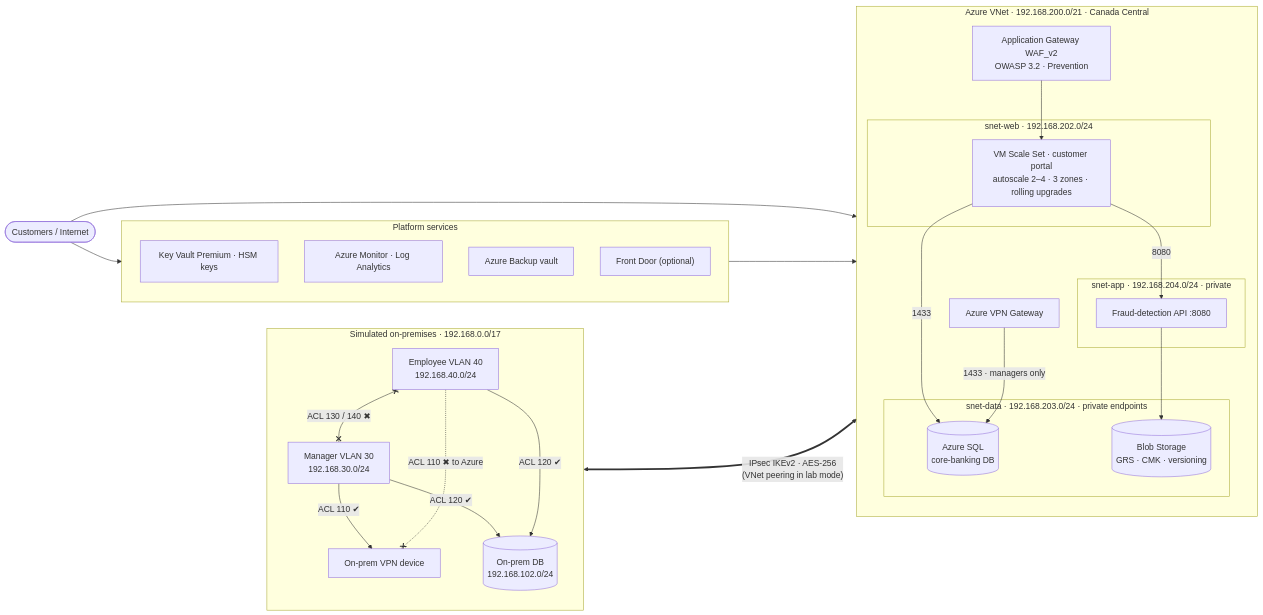
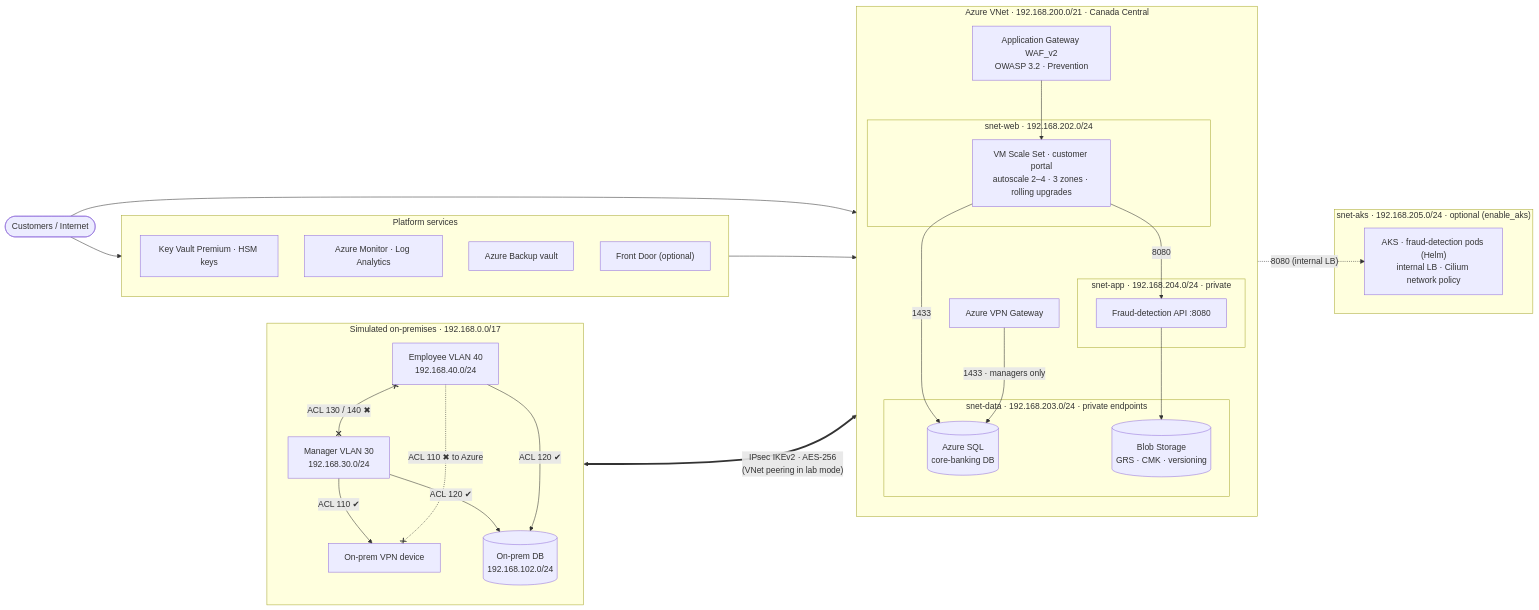
Before and after one commit to SANJU-571/hybrid-cloud-migration-cicd-azure: the diagram in README.md, drawn with Mermaid. The commit also changed other lines of this file and 6 other files, not shown here.

````diff
--- a/README.md
+++ b/README.md
@@ -19,49 +21,54 @@
 ```mermaid
 flowchart LR
     user(["Customers / Internet"])
 
     subgraph ONP["Simulated on-premises · 192.168.0.0/17"]
         direction TB
         mgr["Manager VLAN 30<br/>192.168.30.0/24"]
         emp["Employee VLAN 40<br/>192.168.40.0/24"]
         odb[("On-prem DB<br/>192.168.102.0/24")]
         vpngwB["On-prem VPN device"]
     end
 
     subgraph AZ["Azure VNet · 192.168.200.0/21 · Canada Central"]
         direction TB
         vpngwA["Azure VPN Gateway"]
         agw["Application Gateway WAF_v2<br/>OWASP 3.2 · Prevention"]
         subgraph WEB["snet-web · 192.168.202.0/24"]
             vmss["VM Scale Set · customer portal<br/>autoscale 2–4 · 3 zones · rolling upgrades"]
         end
         subgraph APP["snet-app · 192.168.204.0/24 · private"]
             fraud["Fraud-detection API :8080"]
         end
         subgraph DATA["snet-data · 192.168.203.0/24 · private endpoints"]
             sql[("Azure SQL<br/>core-banking DB")]
             blob[("Blob Storage<br/>GRS · CMK · versioning")]
         end
     end
 
+    subgraph AKSN["snet-aks · 192.168.205.0/24 · optional (enable_aks)"]
+        aks["AKS · fraud-detection pods (Helm)<br/>internal LB · Cilium network policy"]
+    end
+
     subgraph PLAT["Platform services"]
         direction TB
         kv["Key Vault Premium · HSM keys"]
         mon["Azure Monitor · Log Analytics"]
         rsv["Azure Backup vault"]
         afd["Front Door (optional)"]
     end
 
     user --> afd --> agw
     user --> agw --> vmss
     vmss -- "8080" --> fraud
     vmss -- "1433" --> sql
     fraud --> blob
+    vmss -. "8080 (internal LB)" .-> aks
     vpngwB <==>|"IPsec IKEv2 · AES-256<br/>(VNet peering in lab mode)"| vpngwA
     mgr -- "ACL 110 ✔" --> vpngwB
     emp -. "ACL 110 ✖ to Azure" .-x vpngwB
     mgr -- "ACL 120 ✔" --> odb
     emp -- "ACL 120 ✔" --> odb
     emp x--x|"ACL 130 / 140 ✖"| mgr
     vpngwA -- "1433 · managers only" --> sql
 ```
````
